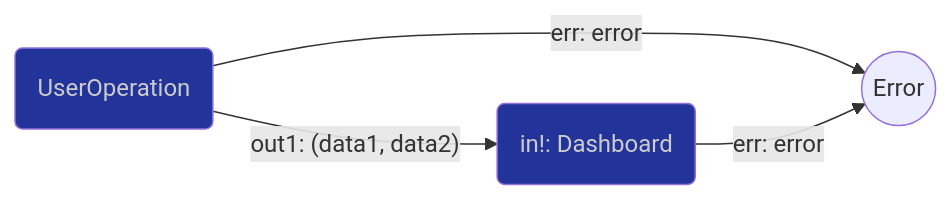
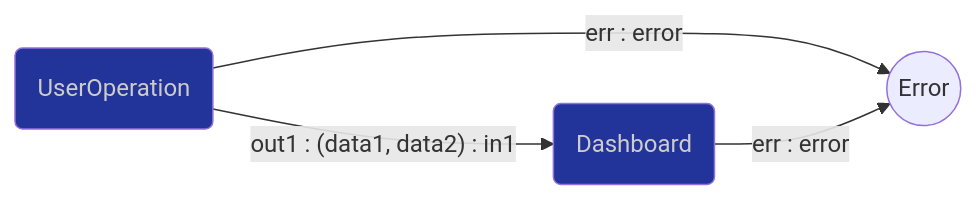
One commit to flowdev/flow-dsl changed the diagram in mermaid/test-links.md. Above: the diagram before and after it, drawn with Mermaid.

Commit message:
Add ports.

````diff
--- a/mermaid/test-links.md
+++ b/mermaid/test-links.md
@@ -3,16 +3,16 @@
 ```mermaid
 flowchart LR
     user("UserOperation")
-    dash("in!: Dashboard")
+    dash("Dashboard")
     err(("Error"))
 
-    user -- out1: (data1, data2) --> dash
-    user -- err: error --> err
-    dash -- err: error --> err
+    user -- out1 : (data1, data2) : in1 --> dash
+    user -- err : error --> err
+    dash -- err : error --> err
 
     click dash "https://google.com" _blank
     click user "../README.md" _blank
     classDef blue fill:#239,color:#ccc;
     class user blue
     class dash blue
 ```
````
